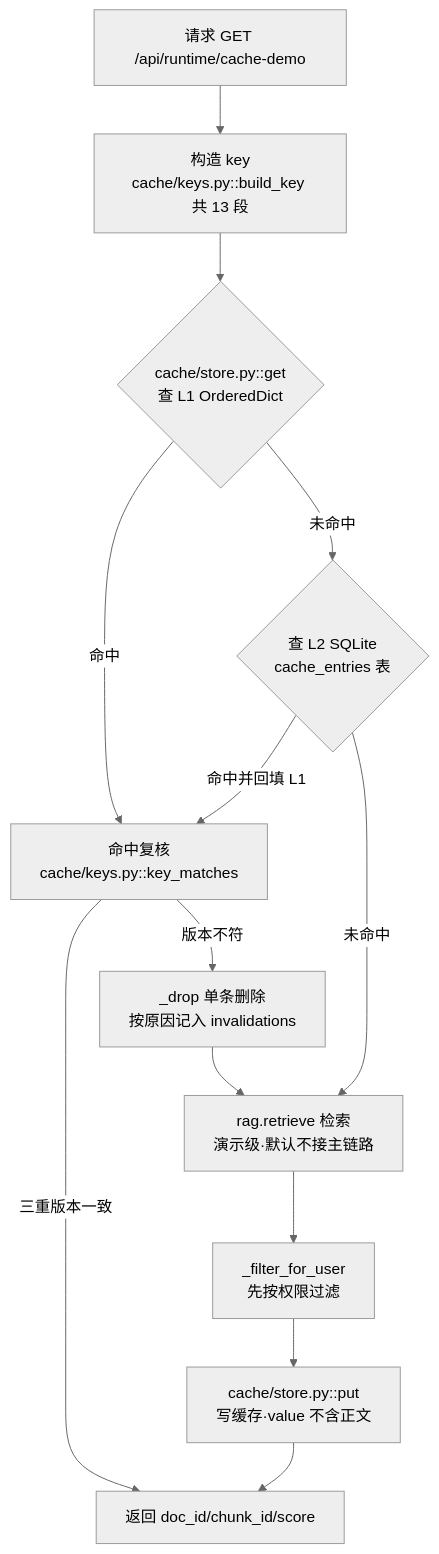
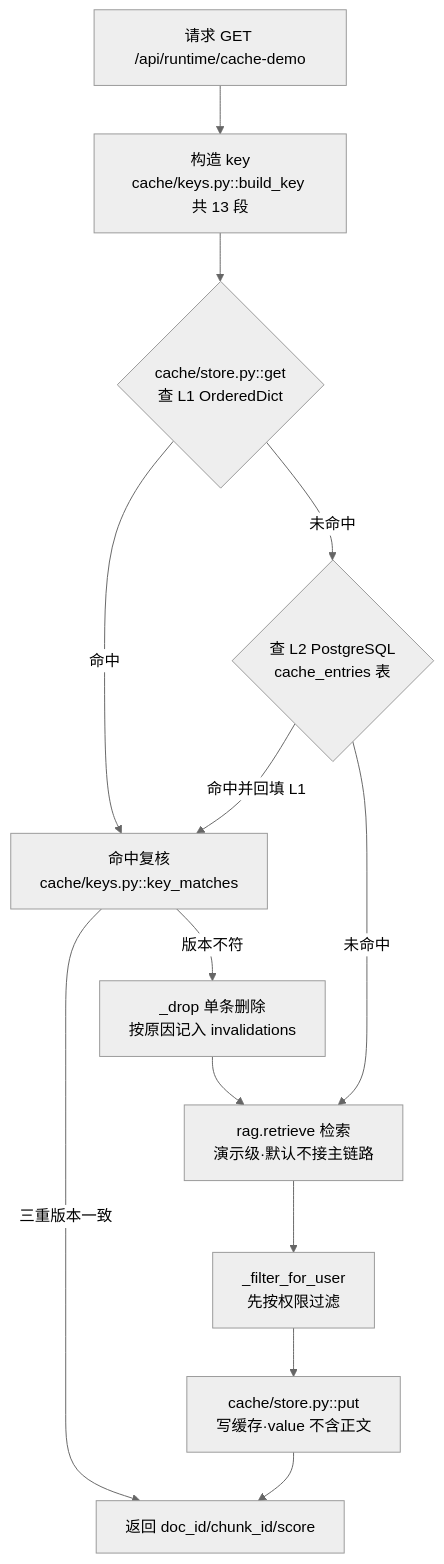
Before and after one commit to yeb1234/P5-enterprise-rag-kb: the diagram in docs/cache-recovery/02-design.md, drawn with Mermaid (neutral theme). The commit also changed other lines of this file and 57 other files, not shown here.

First line of the commit message:
docs: 项目化 README 与配图，个人材料移出仓库

````diff
--- a/docs/cache-recovery/02-design.md
+++ b/docs/cache-recovery/02-design.md
@@ -92,15 +92,15 @@
 ```mermaid
 flowchart TD
     A["请求 GET /api/runtime/cache-demo"] --> B["构造 key<br/>cache/keys.py::build_key 共 13 段"]
     B --> C{"cache/store.py::get<br/>查 L1 OrderedDict"}
     C -->|命中| R["命中复核<br/>cache/keys.py::key_matches"]
-    C -->|未命中| D{"查 L2 SQLite<br/>cache_entries 表"}
+    C -->|未命中| D{"查 L2 PostgreSQL<br/>cache_entries 表"}
     D -->|命中并回填 L1| R
     D -->|未命中| E["rag.retrieve 检索<br/>演示级·默认不接主链路"]
     E --> F["_filter_for_user<br/>先按权限过滤"]
     F --> G["cache/store.py::put<br/>写缓存·value 不含正文"]
     G --> H["返回 doc_id/chunk_id/score"]
     R -->|三重版本一致| H
     R -->|版本不符| I["_drop 单条删除<br/>按原因记入 invalidations"]
     I --> E
 ```
````
